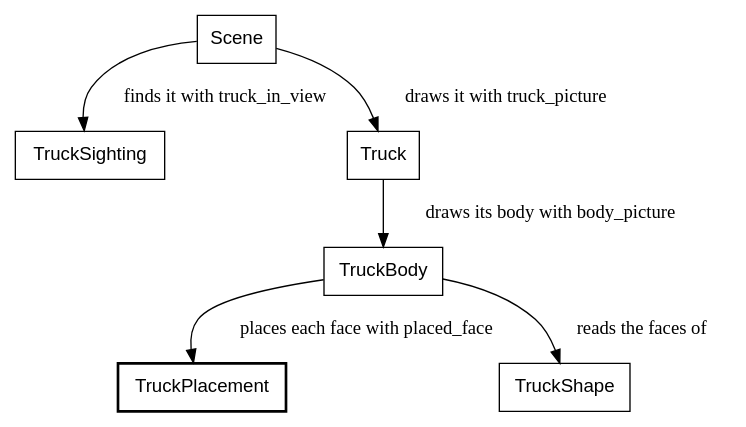
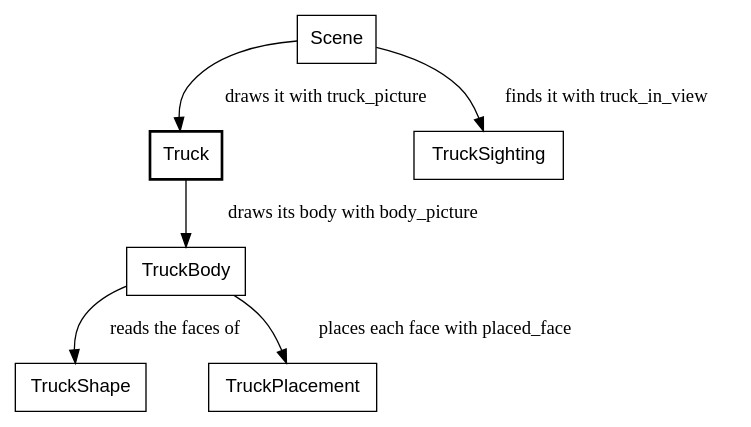
Before and after one commit to showell/roc-apps: diagram 20 of 30 in canvas_apps/safari/tutorial/tutorial.md, drawn with Graphviz. The commit also changed other lines of this file and 1 other file, not shown here.

First line of the commit message:
safari: the truck chapter opens with truck_picture; colours named for what they paint

````diff
--- a/canvas_apps/safari/tutorial/tutorial.md
+++ b/canvas_apps/safari/tutorial/tutorial.md
@@ -2049,11 +2019,11 @@
 ```dot
 digraph truck_drawing {
   node [shape=box, fontname="Helvetica"];
-  TruckPlacement [style=bold];
+  Truck [style=bold];
   Scene -> TruckSighting [label="  finds it with truck_in_view"];
   Scene -> Truck [label="  draws it with truck_picture"];
   Truck -> TruckBody [label="  draws its body with body_picture"];
   TruckBody -> TruckShape [label="  reads the faces of"];
   TruckBody -> TruckPlacement [label="  places each face with placed_face"];
 }
 ```
````
